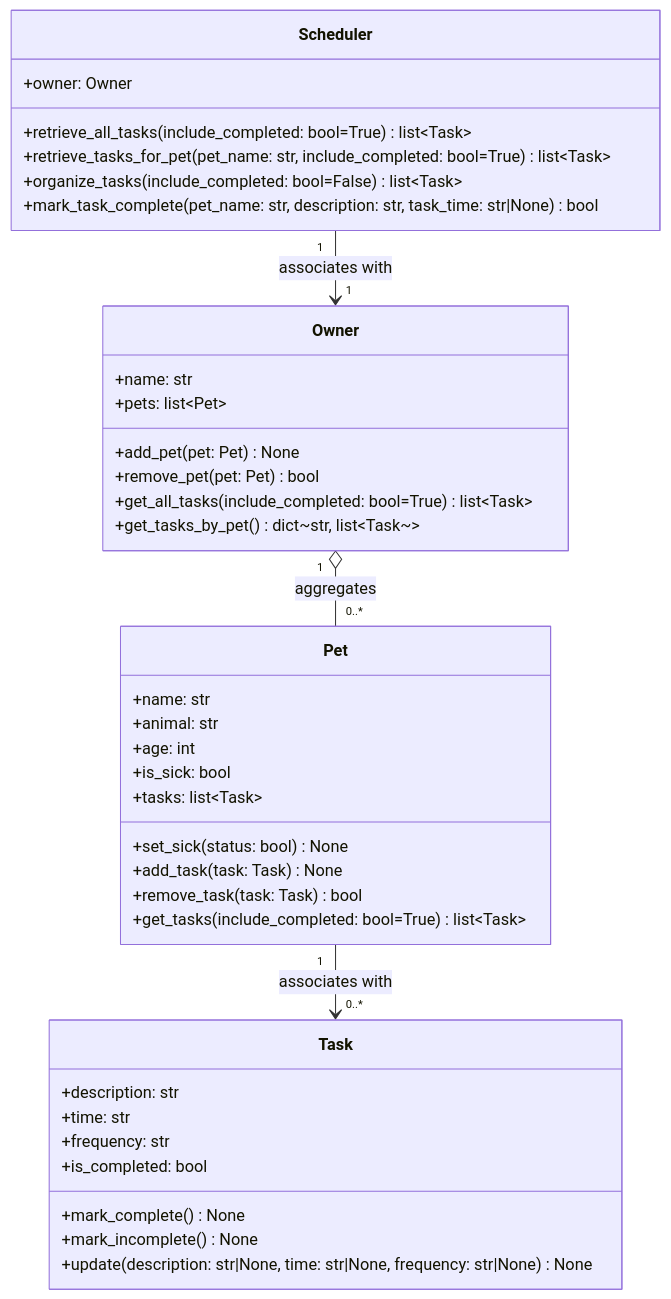
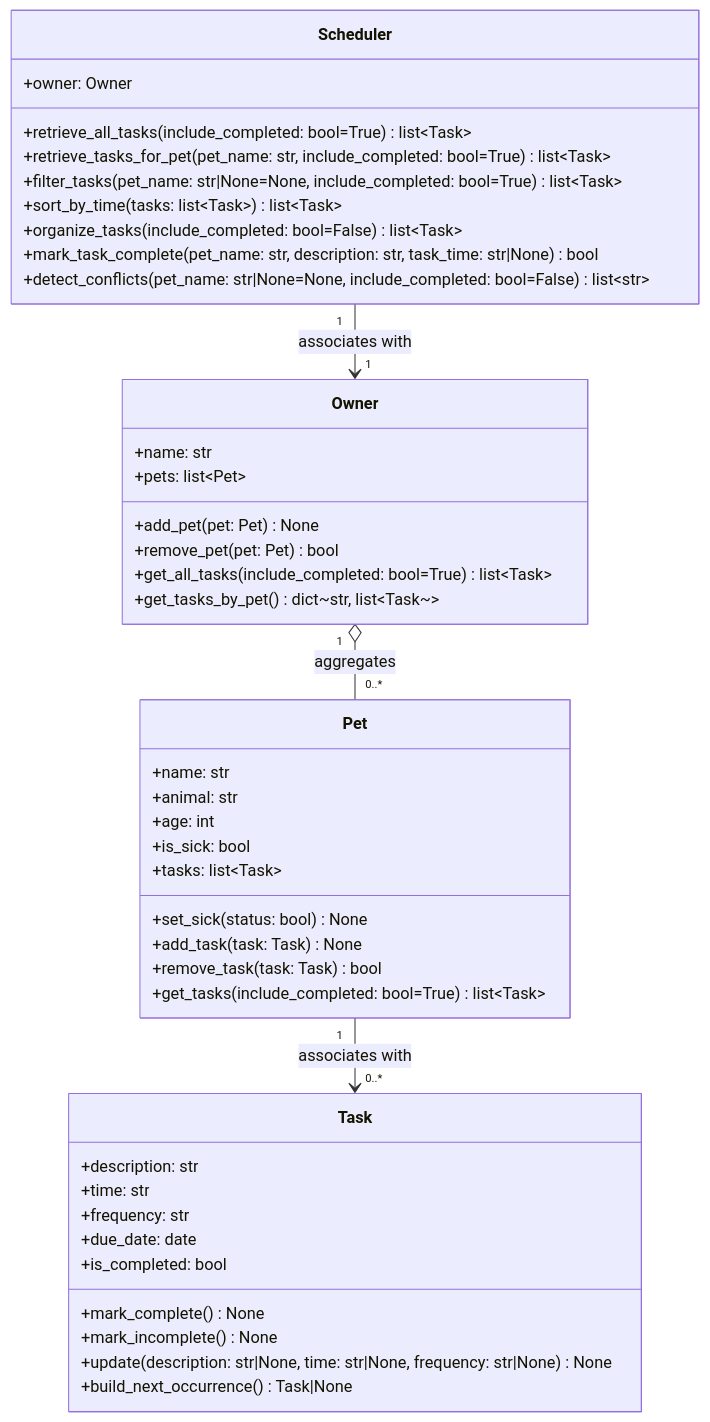
Before and after one commit to Muifrend/applied-ai-system-project: the diagram in class_diagram.md, drawn with Mermaid. The commit also changed 7 other files, not shown here.

````diff
--- a/class_diagram.md
+++ b/class_diagram.md
@@ -3,45 +3,50 @@
 ```mermaid
 classDiagram
     class Owner {
         +name: str
         +pets: list~Pet~
         +add_pet(pet: Pet) None
         +remove_pet(pet: Pet) bool
         +get_all_tasks(include_completed: bool=True) list~Task~
         +get_tasks_by_pet() dict~str, list~Task~~
     }
 
     class Pet {
         +name: str
         +animal: str
         +age: int
         +is_sick: bool
         +tasks: list~Task~
         +set_sick(status: bool) None
         +add_task(task: Task) None
         +remove_task(task: Task) bool
         +get_tasks(include_completed: bool=True) list~Task~
     }
 
     class Task {
         +description: str
         +time: str
         +frequency: str
+        +due_date: date
         +is_completed: bool
         +mark_complete() None
         +mark_incomplete() None
         +update(description: str|None, time: str|None, frequency: str|None) None
+        +build_next_occurrence() Task|None
     }
 
     class Scheduler {
         +owner: Owner
         +retrieve_all_tasks(include_completed: bool=True) list~Task~
         +retrieve_tasks_for_pet(pet_name: str, include_completed: bool=True) list~Task~
+        +filter_tasks(pet_name: str|None=None, include_completed: bool=True) list~Task~
+        +sort_by_time(tasks: list~Task~) list~Task~
         +organize_tasks(include_completed: bool=False) list~Task~
         +mark_task_complete(pet_name: str, description: str, task_time: str|None) bool
+        +detect_conflicts(pet_name: str|None=None, include_completed: bool=False) list~str~
     }
 
     Owner "1" o-- "0..*" Pet : aggregates
     Pet "1" --> "0..*" Task : associates with
     Scheduler "1" --> "1" Owner : associates with
 ```
````
